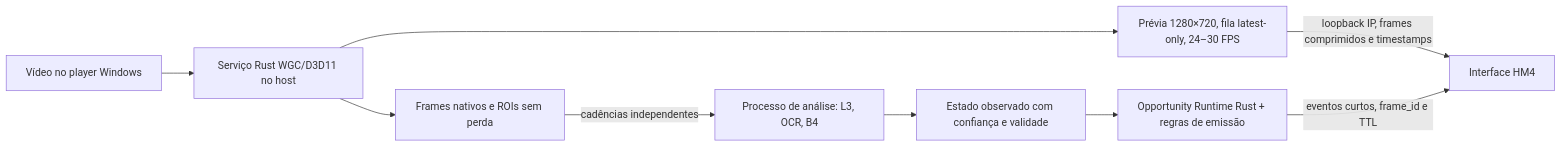
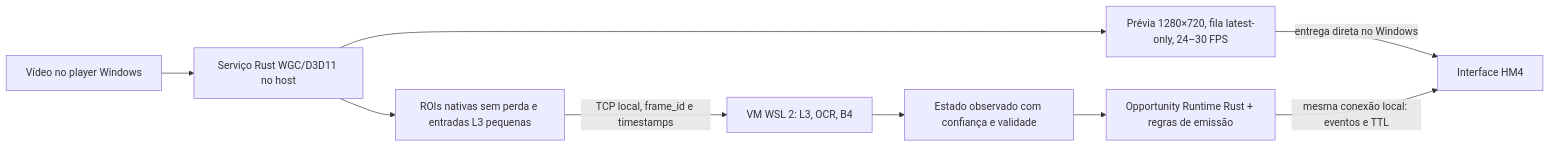
Before and after one commit to glaudsonvilela/Agente-TFT: the diagram in docs/HM4_5_MAPA_CAPTURA_IP_E_DICAS.md, drawn with Mermaid. The commit also changed other lines of this file, not shown here.

Commit message:
Choose lightweight WSL2 worker VM for HM4.5 plan

````diff
--- a/docs/HM4_5_MAPA_CAPTURA_IP_E_DICAS.md
+++ b/docs/HM4_5_MAPA_CAPTURA_IP_E_DICAS.md
@@ -37,11 +38,11 @@
 ```mermaid
 flowchart LR
     V[Vídeo no player Windows] --> C[Serviço Rust WGC/D3D11 no host]
     C --> P[Prévia 1280×720, fila latest-only, 24–30 FPS]
-    P -->|loopback IP, frames comprimidos e timestamps| U[Interface HM4]
-    C --> A[Frames nativos e ROIs sem perda]
-    A -->|cadências independentes| W[Processo de análise: L3, OCR, B4]
+    P -->|entrega direta no Windows| U[Interface HM4]
+    C --> A[ROIs nativas sem perda e entradas L3 pequenas]
+    A -->|TCP local, frame_id e timestamps| W[VM WSL 2: L3, OCR, B4]
     W --> E[Estado observado com confiança e validade]
     E --> D[Opportunity Runtime Rust + regras de emissão]
-    D -->|eventos curtos, frame_id e TTL| U
+    D -->|mesma conexão local: eventos e TTL| U
 ```
````
